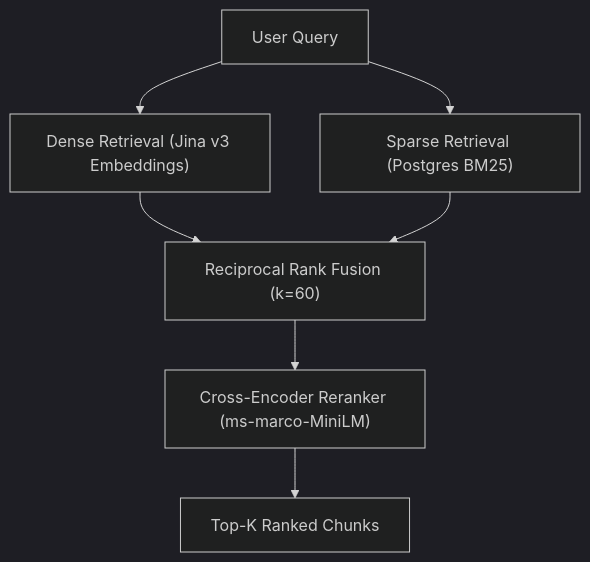
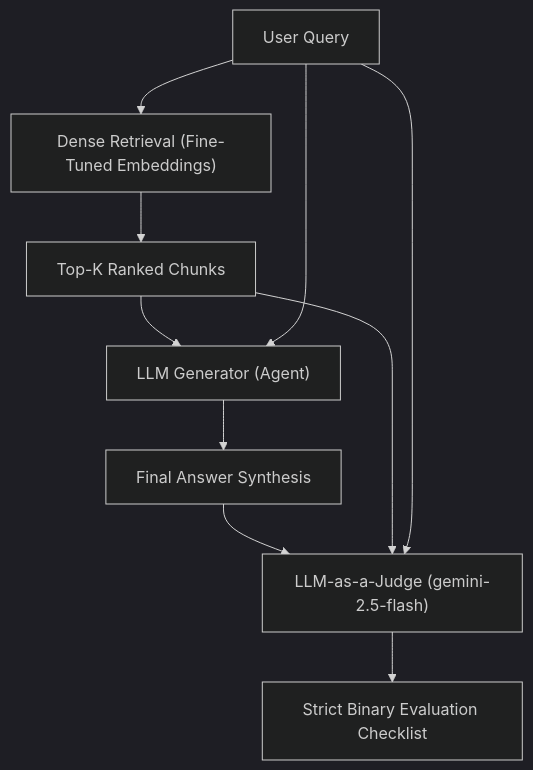
The diagram in README.md (Divyansh-h/Waypoint), drawn with Mermaid (dark theme) before and after one commit. The commit also changed other lines of this file and 25 other files, not shown here.

````diff
--- a/README.md
+++ b/README.md
@@ -45,11 +45,15 @@
 ```mermaid
 graph TD
-    Q["User Query"] --> D["Dense Retrieval (Jina v3 Embeddings)"]
-    Q --> S["Sparse Retrieval (Postgres BM25)"]
+    Q["User Query"] --> D["Dense Retrieval (Fine-Tuned Embeddings)"]
     
-    D --> RRF["Reciprocal Rank Fusion (k=60)"]
-    S --> RRF
+    D --> TopK["Top-K Ranked Chunks"]
     
-    RRF --> CE["Cross-Encoder Reranker (ms-marco-MiniLM)"]
-    CE --> Final["Top-K Ranked Chunks"]
+    TopK --> Gen["LLM Generator (Agent)"]
+    Q --> Gen
+    Gen --> Ans["Final Answer Synthesis"]
+    
+    Ans --> Judge["LLM-as-a-Judge (gemini-2.5-flash)"]
+    TopK --> Judge
+    Q --> Judge
+    Judge --> Score["Strict Binary Evaluation Checklist"]
 ```
````
